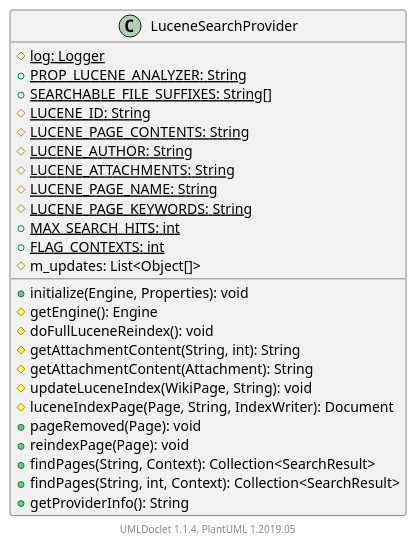
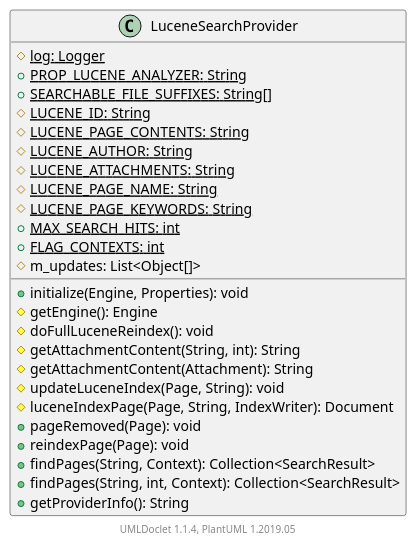
The diagram in apidocs/2.11.0.M7-SNAPSHOT/org/apache/wiki/search/LuceneSearchProvider.puml (apache/jspwiki-site), drawn with PlantUML before and after one commit. The commit also changed 1297 other files, not shown here.

```diff
--- a/apidocs/2.11.0.M7-SNAPSHOT/org/apache/wiki/search/LuceneSearchProvider.puml
+++ b/apidocs/2.11.0.M7-SNAPSHOT/org/apache/wiki/search/LuceneSearchProvider.puml
@@ -1,32 +1,32 @@
 @startuml
 
     class LuceneSearchProvider [[LuceneSearchProvider.html]] {
         {static} #log: Logger
         {static} +PROP_LUCENE_ANALYZER: String
         {static} +SEARCHABLE_FILE_SUFFIXES: String[]
         {static} #LUCENE_ID: String
         {static} #LUCENE_PAGE_CONTENTS: String
         {static} #LUCENE_AUTHOR: String
         {static} #LUCENE_ATTACHMENTS: String
         {static} #LUCENE_PAGE_NAME: String
         {static} #LUCENE_PAGE_KEYWORDS: String
         {static} +MAX_SEARCH_HITS: int
         {static} +FLAG_CONTEXTS: int
         #m_updates: List<Object[]>
         +initialize(Engine, Properties): void
         #getEngine(): Engine
         #doFullLuceneReindex(): void
         #getAttachmentContent(String, int): String
         #getAttachmentContent(Attachment): String
-        #updateLuceneIndex(WikiPage, String): void
+        #updateLuceneIndex(Page, String): void
         #luceneIndexPage(Page, String, IndexWriter): Document
         +pageRemoved(Page): void
         +reindexPage(Page): void
         +findPages(String, Context): Collection<SearchResult>
         +findPages(String, int, Context): Collection<SearchResult>
         +getProviderInfo(): String
     }
 
 
     center footer UMLDoclet 1.1.4, PlantUML 1.2019.05
 @enduml
```
